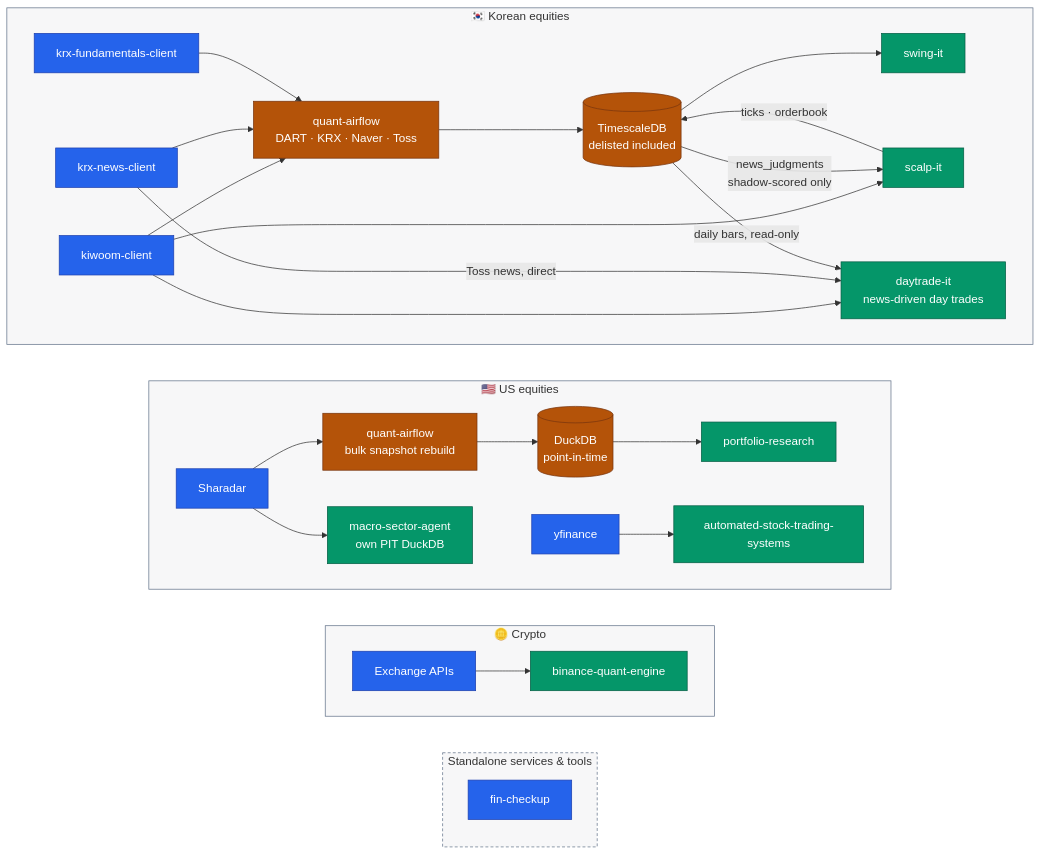
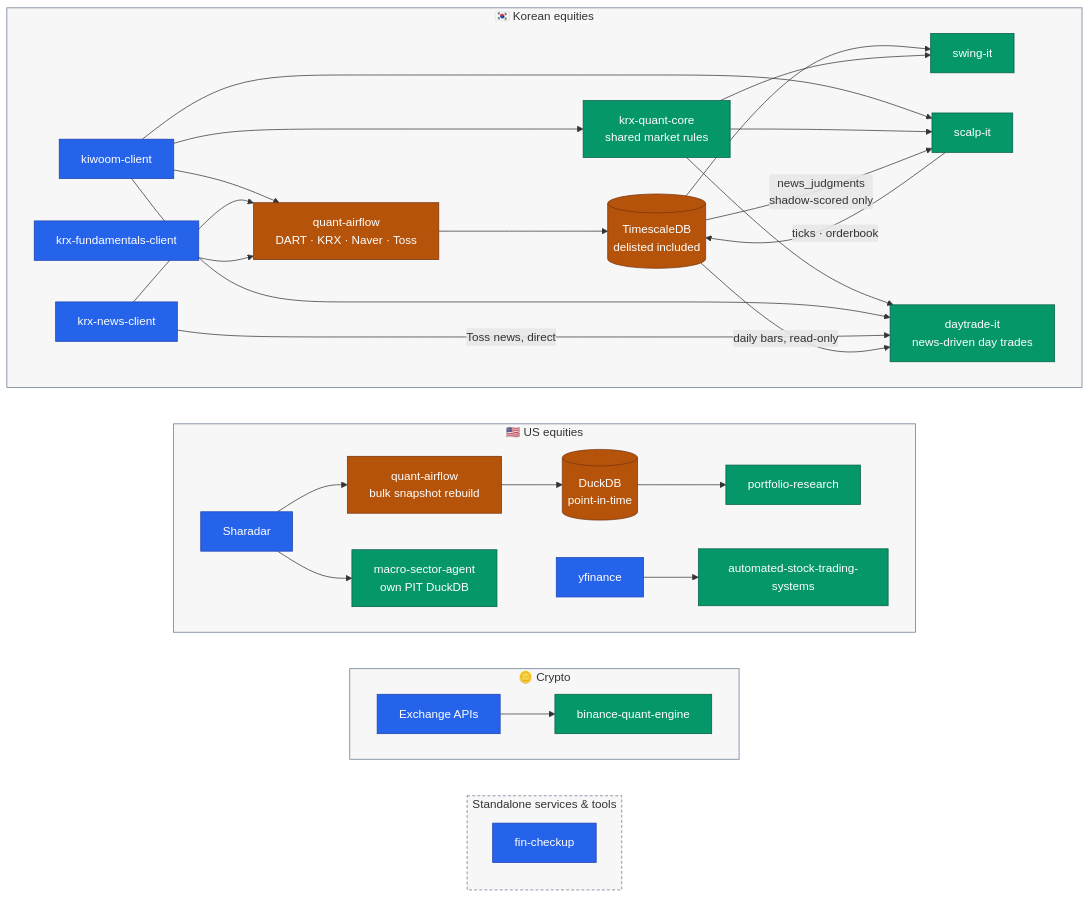
One commit to younghwan91/younghwan91 changed the first of 3 diagrams in README.md. Above: the diagram before and after it, drawn with Mermaid. The commit also changed other lines of this file and 1 other file, not shown here.

Commit message:
docs(readme): krx-quant-core 공통 코어 반영 — 스택 다이어그램·프로젝트 표·운영 원칙
Claude-Session: https://claude.ai/code/session_01JiTLBxiRCvwjSpTYXeMoje

````diff
--- a/README.md
+++ b/README.md
@@ -21,48 +21,52 @@
 ```mermaid
 flowchart TB
     subgraph KR ["🇰🇷 Korean equities"]
         direction LR
         K["kiwoom-client"] --> AF["quant-airflow<br/>DART · KRX · Naver · Toss"] --> DB[("TimescaleDB<br/>delisted included")] --> Q["swing-it"]
         NW["krx-news-client"] --> AF
         F["krx-fundamentals-client"] --> AF
         K --> SC["scalp-it"]
+        KC["krx-quant-core<br/>shared market rules"] --> SC
+        KC --> KSIG
+        KC --> Q
+        K --> KC
         SC -- "ticks · orderbook" --> DB
         DB -- "news_judgments<br/>shadow-scored only" --> SC
         K --> KSIG["daytrade-it<br/>news-driven day trades"]
         NW -- "Toss news, direct" --> KSIG
         DB -- "daily bars, read-only" --> KSIG
     end
 
     subgraph US ["🇺🇸 US equities"]
         direction LR
         SH["Sharadar"] --> AFU["quant-airflow<br/>bulk snapshot rebuild"] --> DD[("DuckDB<br/>point-in-time")] --> O["portfolio-research"]
         SH --> MS["macro-sector-agent<br/>own PIT DuckDB"]
         YF["yfinance"] --> AT["automated-stock-trading-systems"]
     end
 
     subgraph CX ["🪙 Crypto"]
         direction LR
         EX["Exchange APIs"] --> CR["binance-quant-engine"]
     end
 
     subgraph SVC ["Standalone services & tools"]
         direction TB
         FC["fin-checkup"]
     end
 
     %% 세로 정렬용 — `~~~` 는 그 자체로 보이지 않는 링크다(linkStyle 불필요).
     KR ~~~ US ~~~ CX ~~~ SVC
 
     classDef source fill:#2563EB,stroke:#1E40AF,color:#FFFFFF
     classDef move   fill:#B45309,stroke:#78350F,color:#FFFFFF
     classDef out    fill:#059669,stroke:#065F46,color:#FFFFFF
 
     class K,SH,YF,EX,F,NW,FC source
     class AF,AFU,DB,DD move
-    class Q,O,AT,CR,SC,MS,KSIG out
+    class Q,O,AT,CR,SC,MS,KSIG,KC out
 
     style KR  fill:#0F172A08,stroke:#64748B
     style US  fill:#0F172A08,stroke:#64748B
     style CX  fill:#0F172A08,stroke:#64748B
     style SVC fill:#0F172A08,stroke:#64748B,stroke-dasharray:4 3
 ```
````
